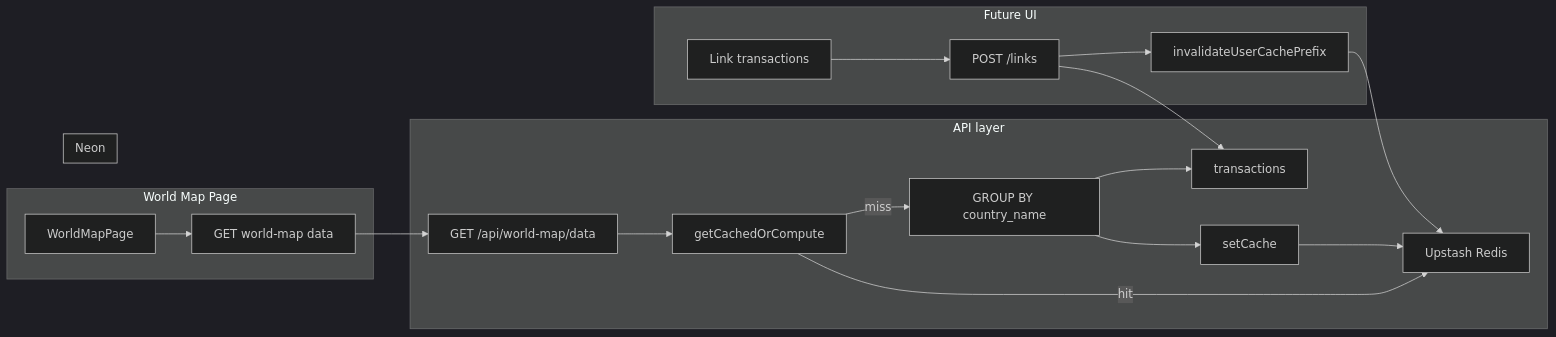
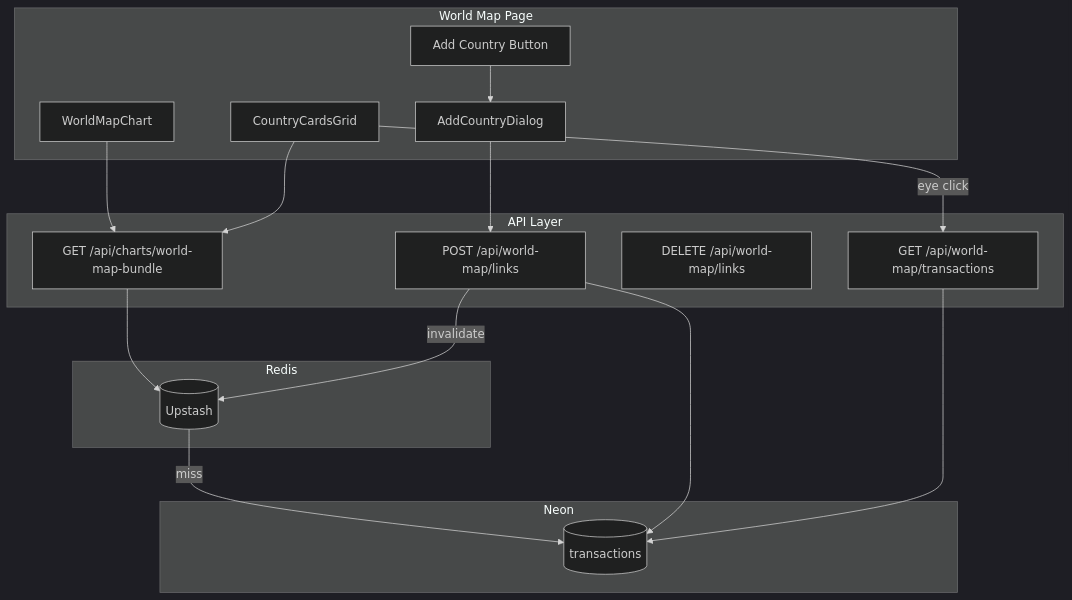
One commit to yares28/Trakzi changed the diagram in .cursor/plans/world_map_db_integration_6099b45a.plan.md. Above: the diagram before and after it, drawn with Mermaid (dark theme). The commit also changed other lines of this file and 28 other files, not shown here.

Commit message:
World map fixes

````diff
--- a/.cursor/plans/world_map_db_integration_6099b45a.plan.md
+++ b/.cursor/plans/world_map_db_integration_6099b45a.plan.md
@@ -157,28 +657,37 @@
 ```mermaid
-flowchart LR
-  subgraph client [World Map Page]
-    Page[WorldMapPage]
-    Page --> Fetch[GET world-map data]
-  end
+flowchart TD
+    subgraph UI [World Map Page]
+        Map[WorldMapChart]
+        Cards[CountryCardsGrid]
+        AddBtn[Add Country Button]
+        Dialog[AddCountryDialog]
+    end
 
-  subgraph api [API layer]
-    Fetch --> DataAPI[GET /api/world-map/data]
-    DataAPI --> Cache[getCachedOrCompute]
-    Cache -->|"miss"| Query[GROUP BY country_name]
-    Cache -->|"hit"| Redis[Upstash Redis]
-    Query --> T[transactions]
-    Query --> SetCache[setCache]
-    SetCache --> Redis
-  end
+    subgraph API [API Layer]
+        Bundle[GET /api/charts/world-map-bundle]
+        Link[POST /api/world-map/links]
+        Unlink[DELETE /api/world-map/links]
+        TxList[GET /api/world-map/transactions]
+    end
 
-  subgraph db [Neon]
-    T
-  end
+    subgraph Cache [Redis]
+        Redis[(Upstash)]
+    end
 
-  subgraph future [Future UI]
-    LinkTx[Link transactions] --> PostL[POST /links]
-    PostL --> T
-    PostL --> Invalidate[invalidateUserCachePrefix]
-    Invalidate --> Redis
-  end
+    subgraph DB [Neon]
+        Tx[(transactions)]
+    end
+
+    Map --> Bundle
+    Cards --> Bundle
+    Bundle --> Redis
+    Redis -->|miss| Tx
+
+    AddBtn --> Dialog
+    Dialog --> Link
+    Link --> Tx
+    Link -->|invalidate| Redis
+
+    Cards -->|eye click| TxList
+    TxList --> Tx
 ```
````
